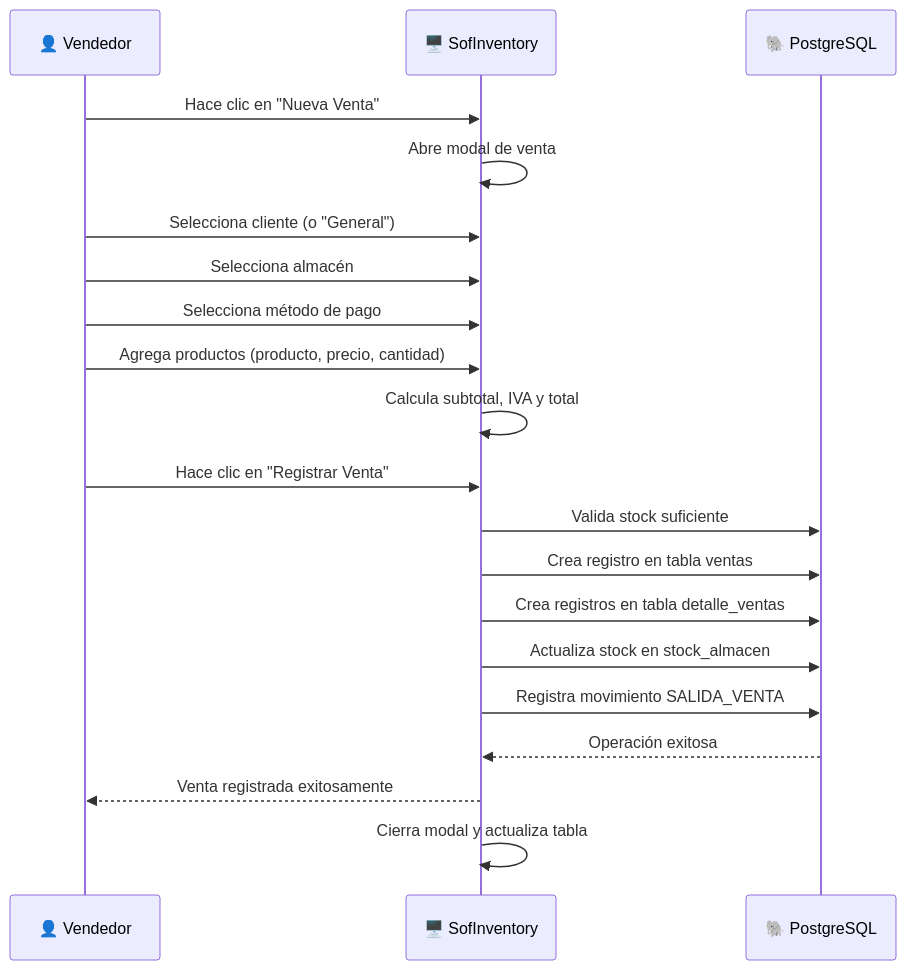
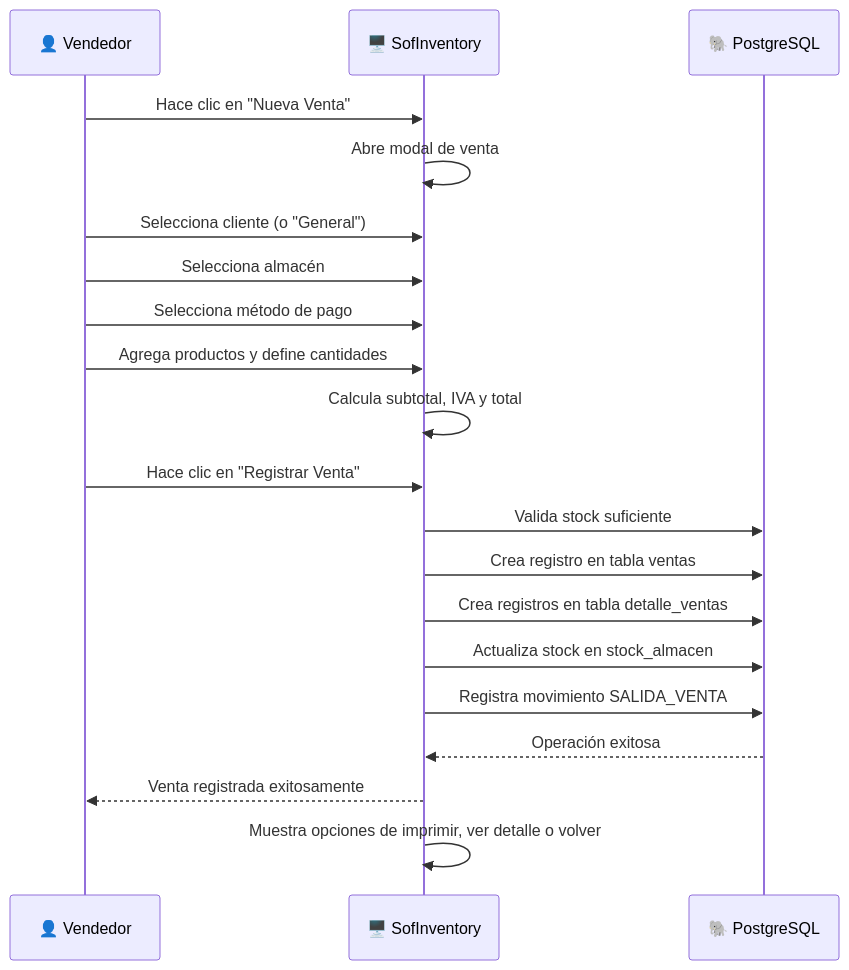
One commit to AlejandroSepulvedaDuarte/SofInventory changed the third of 7 diagrams in docs/MANUAL_USUARIO.md. Above: the diagram before and after it, drawn with Mermaid. The commit also changed other lines of this file and 76 other files, not shown here.

````diff
--- a/docs/MANUAL_USUARIO.md
+++ b/docs/MANUAL_USUARIO.md
@@ -840,23 +1010,23 @@
 ```mermaid
 sequenceDiagram
     participant V as 👤 Vendedor
     participant S as 🖥️ SofInventory
     participant DB as 🐘 PostgreSQL
 
     V->>S: Hace clic en "Nueva Venta"
     S->>S: Abre modal de venta
     V->>S: Selecciona cliente (o "General")
     V->>S: Selecciona almacén
     V->>S: Selecciona método de pago
-    V->>S: Agrega productos (producto, precio, cantidad)
+    V->>S: Agrega productos y define cantidades
     S->>S: Calcula subtotal, IVA y total
     V->>S: Hace clic en "Registrar Venta"
     S->>DB: Valida stock suficiente
     S->>DB: Crea registro en tabla ventas
     S->>DB: Crea registros en tabla detalle_ventas
     S->>DB: Actualiza stock en stock_almacen
     S->>DB: Registra movimiento SALIDA_VENTA
     DB-->>S: Operación exitosa
     S-->>V: Venta registrada exitosamente
-    S->>S: Cierra modal y actualiza tabla
+    S->>S: Muestra opciones de imprimir, ver detalle o volver
 ```
````
